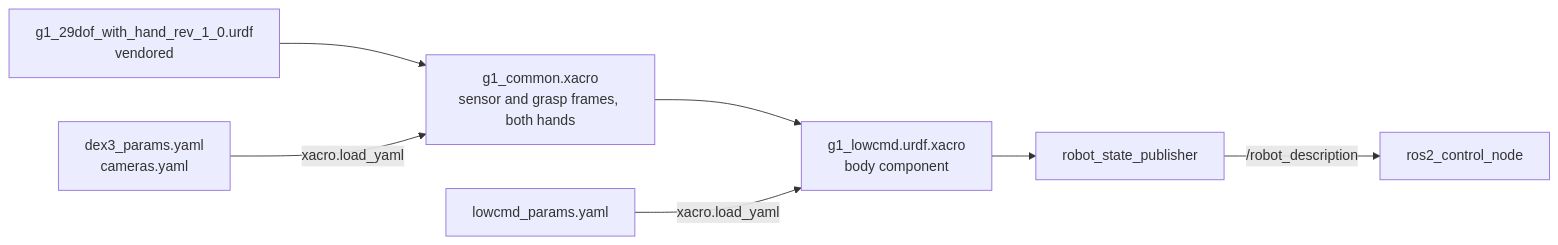
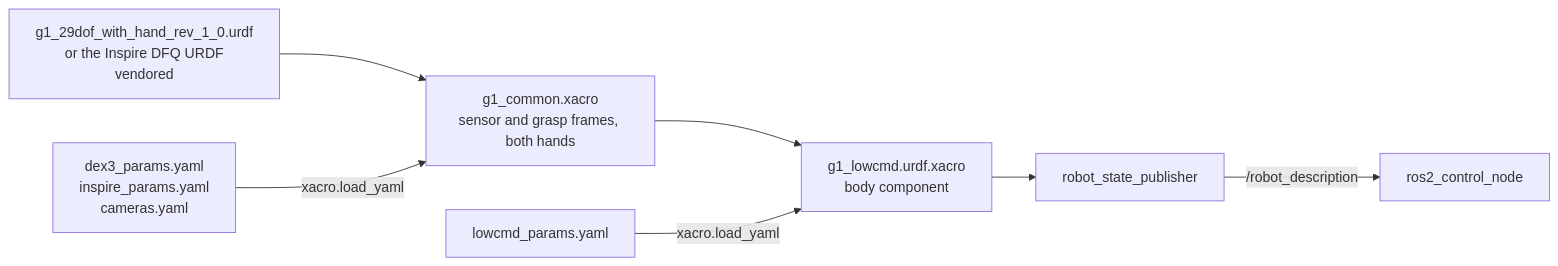
Before and after one commit to Adyansh04/grove-g1: the diagram in workspace/src/g1_description/README.md, drawn with Mermaid. The commit also changed other lines of this file and 6 other files, not shown here.

Commit message:
feat(g1_description): add the Inspire RH56DFQ hand as a hand_model

````diff
--- a/workspace/src/g1_description/README.md
+++ b/workspace/src/g1_description/README.md
@@ -7,8 +8,8 @@
 ```mermaid
 flowchart LR
-    V["g1_29dof_with_hand_rev_1_0.urdf<br/>vendored"] --> C
-    D["dex3_params.yaml<br/>cameras.yaml"] -- "xacro.load_yaml" --> C
+    V["g1_29dof_with_hand_rev_1_0.urdf<br/>or the Inspire DFQ URDF<br/>vendored"] --> C
+    D["dex3_params.yaml<br/>inspire_params.yaml<br/>cameras.yaml"] -- "xacro.load_yaml" --> C
     C["g1_common.xacro<br/>sensor and grasp frames, both hands"] --> X["g1_lowcmd.urdf.xacro<br/>body component"]
     L["lowcmd_params.yaml"] -- "xacro.load_yaml" --> X
     X --> RSP["robot_state_publisher"] -- "/robot_description" --> CM["ros2_control_node"]
 ```
````
